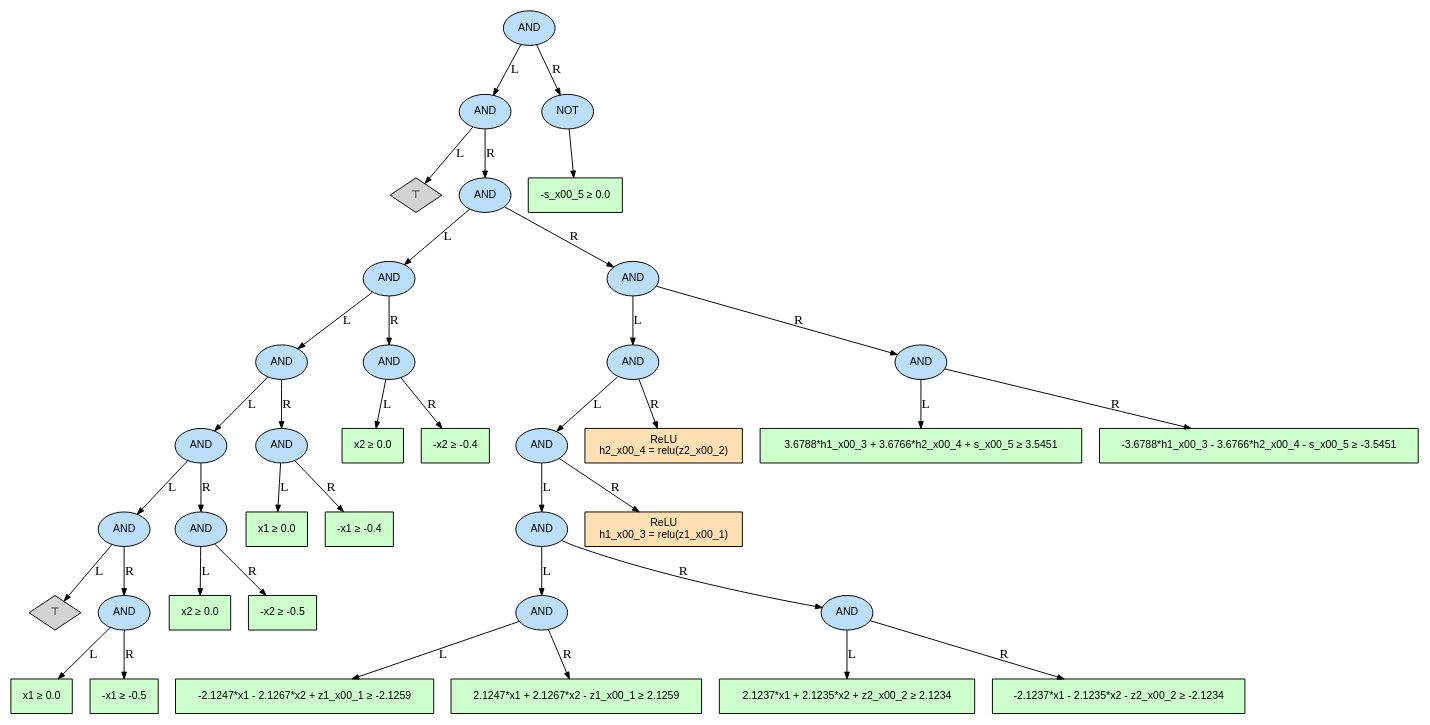
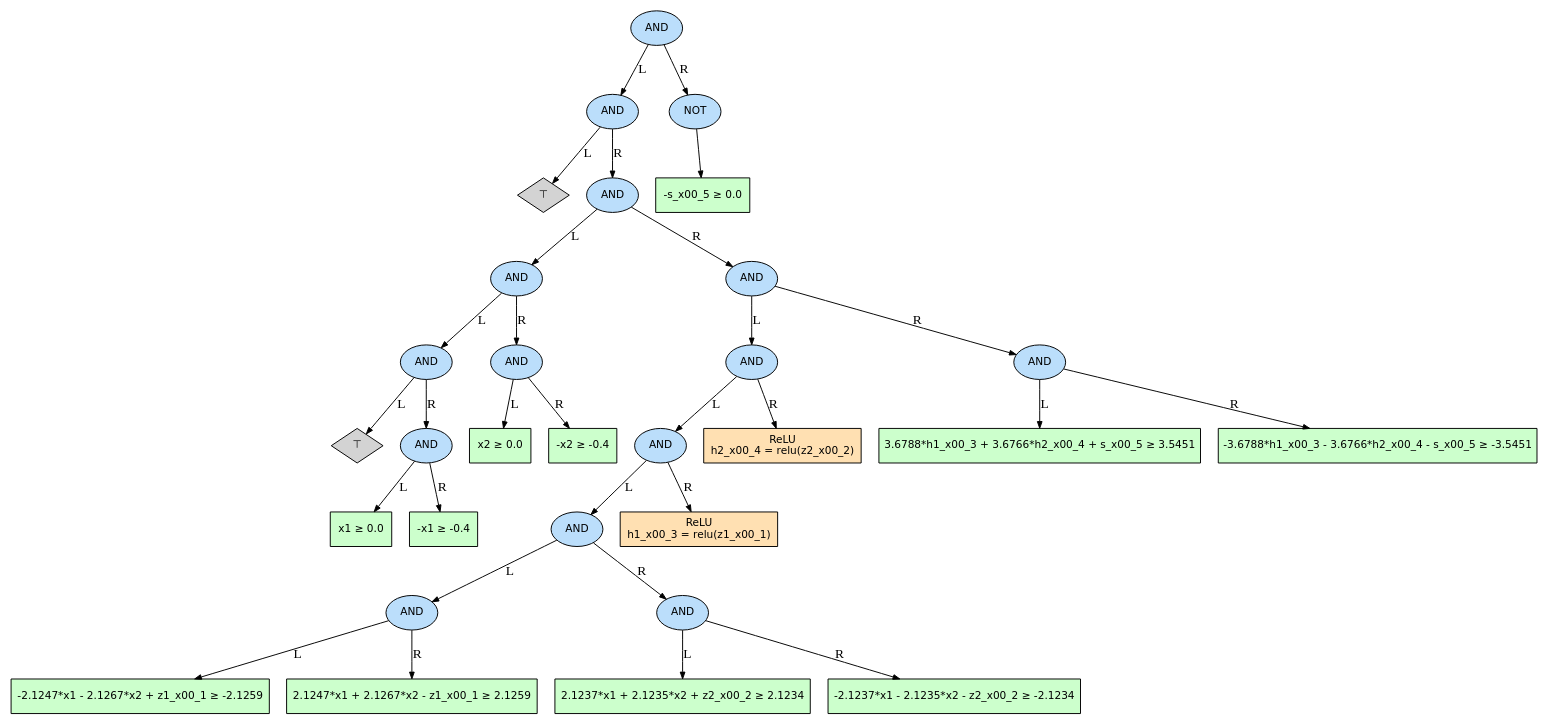
One commit to songheon2/Ai_verification changed the diagram in visualize_precise_prop/case_00/precise_search_case00_attempt1_tree.dot. Above: the diagram before and after it, drawn with Graphviz. The commit also changed 49 other files, not shown here.

```diff
--- a/visualize_precise_prop/case_00/precise_search_case00_attempt1_tree.dot
+++ b/visualize_precise_prop/case_00/precise_search_case00_attempt1_tree.dot
@@ -1,80 +1,64 @@
 digraph precise_search_case00_attempt1_tree {
   rankdir=TB;
-  node [fontname="Helvetica", fontsize=11];
+  node [fontname="DejaVu Sans", fontsize=11];
   edge [arrowsize=0.7];
   n0 [label="AND", shape=ellipse, style=filled, fillcolor="#bbdefb"];
   n1 [label="AND", shape=ellipse, style=filled, fillcolor="#bbdefb"];
   n2 [label="⊤", shape=diamond, style=filled, fillcolor="#d3d3d3"];
   n3 [label="AND", shape=ellipse, style=filled, fillcolor="#bbdefb"];
   n4 [label="AND", shape=ellipse, style=filled, fillcolor="#bbdefb"];
   n5 [label="AND", shape=ellipse, style=filled, fillcolor="#bbdefb"];
-  n6 [label="AND", shape=ellipse, style=filled, fillcolor="#bbdefb"];
+  n6 [label="⊤", shape=diamond, style=filled, fillcolor="#d3d3d3"];
   n7 [label="AND", shape=ellipse, style=filled, fillcolor="#bbdefb"];
-  n8 [label="⊤", shape=diamond, style=filled, fillcolor="#d3d3d3"];
-  n9 [label="AND", shape=ellipse, style=filled, fillcolor="#bbdefb"];
-  n10 [label="x1 ≥ 0.0", shape=box, style=filled, fillcolor="#ccffcc"];
-  n11 [label="-x1 ≥ -0.5", shape=box, style=filled, fillcolor="#ccffcc"];
-  n9 -> n10 [label="L"];
-  n9 -> n11 [label="R"];
+  n8 [label="x1 ≥ 0.0", shape=box, style=filled, fillcolor="#ccffcc"];
+  n9 [label="-x1 ≥ -0.4", shape=box, style=filled, fillcolor="#ccffcc"];
   n7 -> n8 [label="L"];
   n7 -> n9 [label="R"];
-  n12 [label="AND", shape=ellipse, style=filled, fillcolor="#bbdefb"];
-  n13 [label="x2 ≥ 0.0", shape=box, style=filled, fillcolor="#ccffcc"];
-  n14 [label="-x2 ≥ -0.5", shape=box, style=filled, fillcolor="#ccffcc"];
-  n12 -> n13 [label="L"];
-  n12 -> n14 [label="R"];
-  n6 -> n7 [label="L"];
-  n6 -> n12 [label="R"];
+  n5 -> n6 [label="L"];
+  n5 -> n7 [label="R"];
+  n10 [label="AND", shape=ellipse, style=filled, fillcolor="#bbdefb"];
+  n11 [label="x2 ≥ 0.0", shape=box, style=filled, fillcolor="#ccffcc"];
+  n12 [label="-x2 ≥ -0.4", shape=box, style=filled, fillcolor="#ccffcc"];
+  n10 -> n11 [label="L"];
+  n10 -> n12 [label="R"];
+  n4 -> n5 [label="L"];
+  n4 -> n10 [label="R"];
+  n13 [label="AND", shape=ellipse, style=filled, fillcolor="#bbdefb"];
+  n14 [label="AND", shape=ellipse, style=filled, fillcolor="#bbdefb"];
   n15 [label="AND", shape=ellipse, style=filled, fillcolor="#bbdefb"];
-  n16 [label="x1 ≥ 0.0", shape=box, style=filled, fillcolor="#ccffcc"];
-  n17 [label="-x1 ≥ -0.4", shape=box, style=filled, fillcolor="#ccffcc"];
+  n16 [label="AND", shape=ellipse, style=filled, fillcolor="#bbdefb"];
+  n17 [label="AND", shape=ellipse, style=filled, fillcolor="#bbdefb"];
+  n18 [label="-2.1247*x1 - 2.1267*x2 + z1_x00_1 ≥ -2.1259", shape=box, style=filled, fillcolor="#ccffcc"];
+  n19 [label="2.1247*x1 + 2.1267*x2 - z1_x00_1 ≥ 2.1259", shape=box, style=filled, fillcolor="#ccffcc"];
+  n17 -> n18 [label="L"];
+  n17 -> n19 [label="R"];
+  n20 [label="AND", shape=ellipse, style=filled, fillcolor="#bbdefb"];
+  n21 [label="2.1237*x1 + 2.1235*x2 + z2_x00_2 ≥ 2.1234", shape=box, style=filled, fillcolor="#ccffcc"];
+  n22 [label="-2.1237*x1 - 2.1235*x2 - z2_x00_2 ≥ -2.1234", shape=box, style=filled, fillcolor="#ccffcc"];
+  n20 -> n21 [label="L"];
+  n20 -> n22 [label="R"];
+  n16 -> n17 [label="L"];
+  n16 -> n20 [label="R"];
+  n23 [label="ReLU\nh1_x00_3 = relu(z1_x00_1)", shape=box, style=filled, fillcolor="#ffe0b2"];
   n15 -> n16 [label="L"];
-  n15 -> n17 [label="R"];
-  n5 -> n6 [label="L"];
-  n5 -> n15 [label="R"];
-  n18 [label="AND", shape=ellipse, style=filled, fillcolor="#bbdefb"];
-  n19 [label="x2 ≥ 0.0", shape=box, style=filled, fillcolor="#ccffcc"];
-  n20 [label="-x2 ≥ -0.4", shape=box, style=filled, fillcolor="#ccffcc"];
-  n18 -> n19 [label="L"];
-  n18 -> n20 [label="R"];
-  n4 -> n5 [label="L"];
-  n4 -> n18 [label="R"];
-  n21 [label="AND", shape=ellipse, style=filled, fillcolor="#bbdefb"];
-  n22 [label="AND", shape=ellipse, style=filled, fillcolor="#bbdefb"];
-  n23 [label="AND", shape=ellipse, style=filled, fillcolor="#bbdefb"];
-  n24 [label="AND", shape=ellipse, style=filled, fillcolor="#bbdefb"];
+  n15 -> n23 [label="R"];
+  n24 [label="ReLU\nh2_x00_4 = relu(z2_x00_2)", shape=box, style=filled, fillcolor="#ffe0b2"];
+  n14 -> n15 [label="L"];
+  n14 -> n24 [label="R"];
   n25 [label="AND", shape=ellipse, style=filled, fillcolor="#bbdefb"];
-  n26 [label="-2.1247*x1 - 2.1267*x2 + z1_x00_1 ≥ -2.1259", shape=box, style=filled, fillcolor="#ccffcc"];
-  n27 [label="2.1247*x1 + 2.1267*x2 - z1_x00_1 ≥ 2.1259", shape=box, style=filled, fillcolor="#ccffcc"];
+  n26 [label="3.6788*h1_x00_3 + 3.6766*h2_x00_4 + s_x00_5 ≥ 3.5451", shape=box, style=filled, fillcolor="#ccffcc"];
+  n27 [label="-3.6788*h1_x00_3 - 3.6766*h2_x00_4 - s_x00_5 ≥ -3.5451", shape=box, style=filled, fillcolor="#ccffcc"];
   n25 -> n26 [label="L"];
   n25 -> n27 [label="R"];
-  n28 [label="AND", shape=ellipse, style=filled, fillcolor="#bbdefb"];
-  n29 [label="2.1237*x1 + 2.1235*x2 + z2_x00_2 ≥ 2.1234", shape=box, style=filled, fillcolor="#ccffcc"];
-  n30 [label="-2.1237*x1 - 2.1235*x2 - z2_x00_2 ≥ -2.1234", shape=box, style=filled, fillcolor="#ccffcc"];
-  n28 -> n29 [label="L"];
-  n28 -> n30 [label="R"];
-  n24 -> n25 [label="L"];
-  n24 -> n28 [label="R"];
-  n31 [label="ReLU\nh1_x00_3 = relu(z1_x00_1)", shape=box, style=filled, fillcolor="#ffe0b2"];
-  n23 -> n24 [label="L"];
-  n23 -> n31 [label="R"];
-  n32 [label="ReLU\nh2_x00_4 = relu(z2_x00_2)", shape=box, style=filled, fillcolor="#ffe0b2"];
-  n22 -> n23 [label="L"];
-  n22 -> n32 [label="R"];
-  n33 [label="AND", shape=ellipse, style=filled, fillcolor="#bbdefb"];
-  n34 [label="3.6788*h1_x00_3 + 3.6766*h2_x00_4 + s_x00_5 ≥ 3.5451", shape=box, style=filled, fillcolor="#ccffcc"];
-  n35 [label="-3.6788*h1_x00_3 - 3.6766*h2_x00_4 - s_x00_5 ≥ -3.5451", shape=box, style=filled, fillcolor="#ccffcc"];
-  n33 -> n34 [label="L"];
-  n33 -> n35 [label="R"];
-  n21 -> n22 [label="L"];
-  n21 -> n33 [label="R"];
+  n13 -> n14 [label="L"];
+  n13 -> n25 [label="R"];
   n3 -> n4 [label="L"];
-  n3 -> n21 [label="R"];
+  n3 -> n13 [label="R"];
   n1 -> n2 [label="L"];
   n1 -> n3 [label="R"];
-  n36 [label="NOT", shape=ellipse, style=filled, fillcolor="#bbdefb"];
-  n37 [label="-s_x00_5 ≥ 0.0", shape=box, style=filled, fillcolor="#ccffcc"];
-  n36 -> n37;
+  n28 [label="NOT", shape=ellipse, style=filled, fillcolor="#bbdefb"];
+  n29 [label="-s_x00_5 ≥ 0.0", shape=box, style=filled, fillcolor="#ccffcc"];
+  n28 -> n29;
   n0 -> n1 [label="L"];
-  n0 -> n36 [label="R"];
+  n0 -> n28 [label="R"];
 }
```
